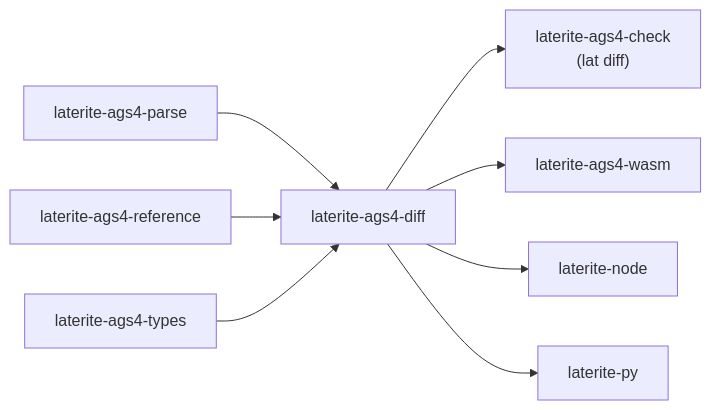
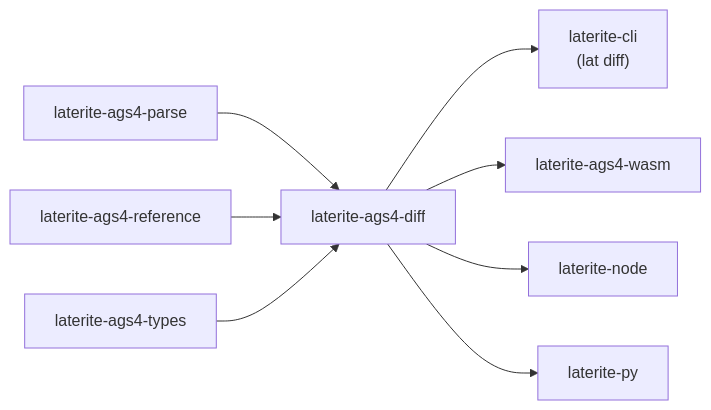
One commit to niko86/laterite changed the diagram in ags-wiki/tools/laterite-ags4-diff.md. Above: the diagram before and after it, drawn with Mermaid. The commit also changed other lines of this file and 74 other files, not shown here.

First line of the commit message:
refactor(cli): the CLI crate is `laterite-cli`

````diff
--- a/ags-wiki/tools/laterite-ags4-diff.md
+++ b/ags-wiki/tools/laterite-ags4-diff.md
@@ -63,10 +63,10 @@
 ```mermaid
 flowchart LR
   parse[laterite-ags4-parse] --> diff[laterite-ags4-diff]
   ref[laterite-ags4-reference] --> diff
   types[laterite-ags4-types] --> diff
-  diff --> check["laterite-ags4-check<br/>(lat diff)"]
+  diff --> check["laterite-cli<br/>(lat diff)"]
   diff --> wasm[laterite-ags4-wasm]
   diff --> node[laterite-node]
   diff --> py[laterite-py]
 ```
````
